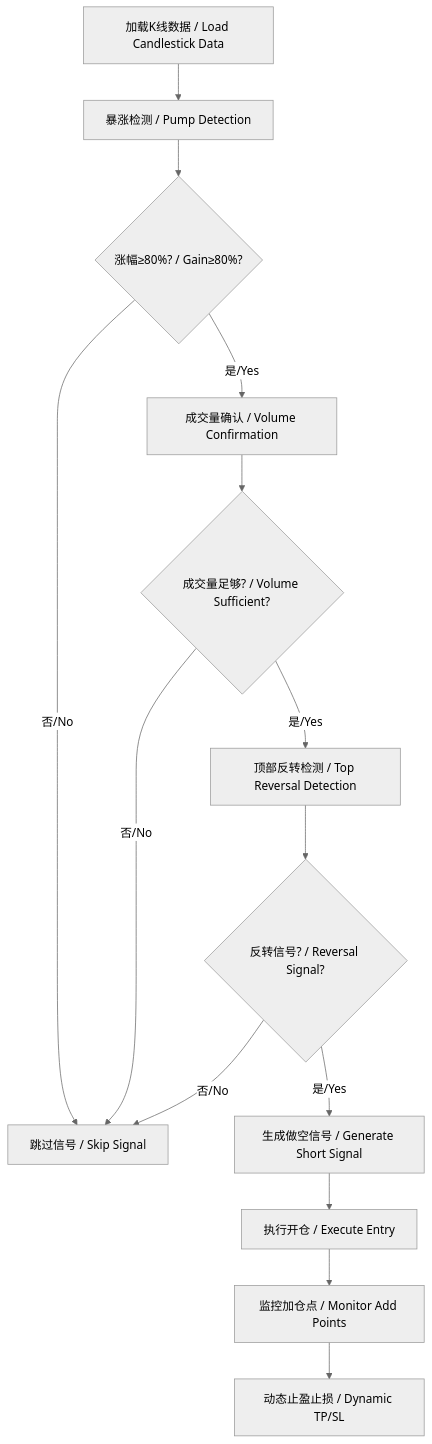
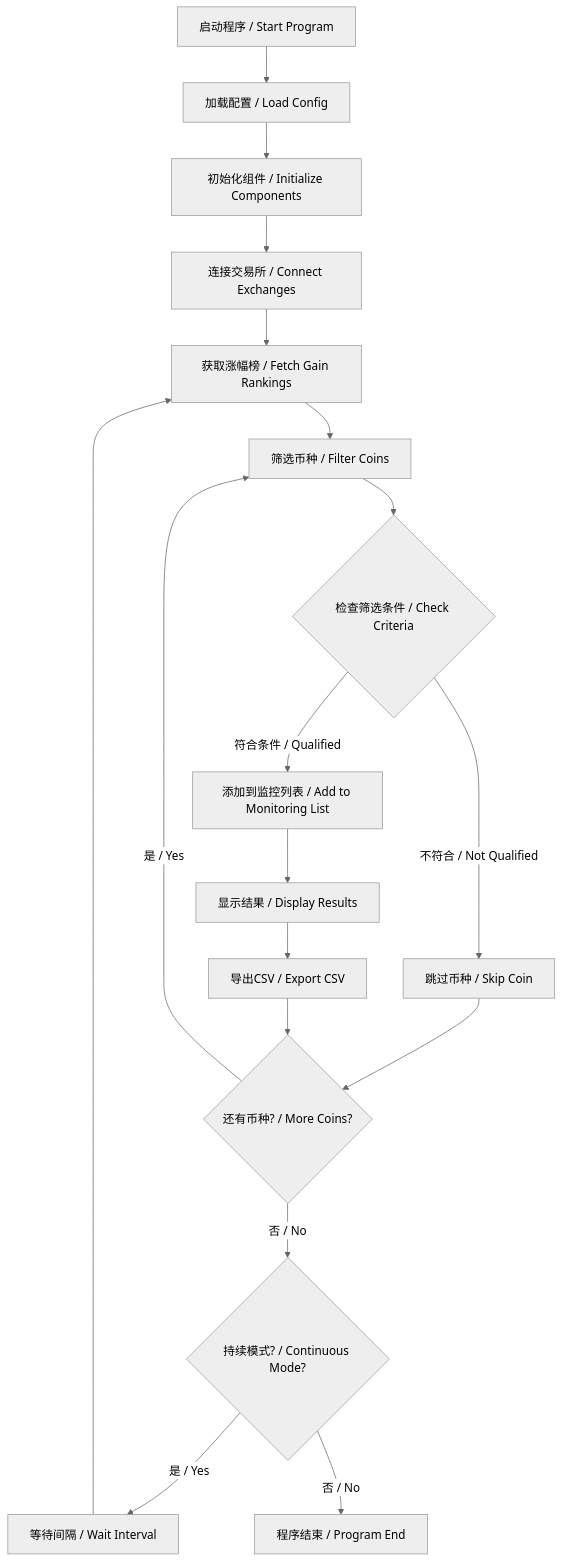
Before and after one commit to AlbertLei-Web3/Quantitative-Trading: the diagram in README.md, drawn with Mermaid (neutral theme). The commit also changed other lines of this file and 16 other files, not shown here.

````diff
--- a/README.md
+++ b/README.md
@@ -190,16 +126,20 @@
 ```mermaid
 graph TD
-    A[加载K线数据 / Load Candlestick Data] --> B[暴涨检测 / Pump Detection]
-    B --> C{涨幅≥80%? / Gain≥80%?}
-    C -->|是/Yes| D[成交量确认 / Volume Confirmation]
-    C -->|否/No| E[跳过信号 / Skip Signal]
-    D --> F{成交量足够? / Volume Sufficient?}
-    F -->|是/Yes| G[顶部反转检测 / Top Reversal Detection]
-    F -->|否/No| E
-    G --> H{反转信号? / Reversal Signal?}
-    H -->|是/Yes| I[生成做空信号 / Generate Short Signal]
-    H -->|否/No| E
-    I --> J[执行开仓 / Execute Entry]
-    J --> K[监控加仓点 / Monitor Add Points]
-    K --> L[动态止盈止损 / Dynamic TP/SL]
+    A[启动程序 / Start Program] --> B[加载配置 / Load Config]
+    B --> C[初始化组件 / Initialize Components]
+    C --> D[连接交易所 / Connect Exchanges]
+    D --> E[获取涨幅榜 / Fetch Gain Rankings]
+    E --> F[筛选币种 / Filter Coins]
+    F --> G{检查筛选条件 / Check Criteria}
+    G -->|符合条件 / Qualified| H[添加到监控列表 / Add to Monitoring List]
+    G -->|不符合 / Not Qualified| I[跳过币种 / Skip Coin]
+    H --> J[显示结果 / Display Results]
+    I --> K{还有币种? / More Coins?}
+    J --> L[导出CSV / Export CSV]
+    L --> K
+    K -->|是 / Yes| F
+    K -->|否 / No| M{持续模式? / Continuous Mode?}
+    M -->|是 / Yes| N[等待间隔 / Wait Interval]
+    M -->|否 / No| O[程序结束 / Program End]
+    N --> E
 ```
````
